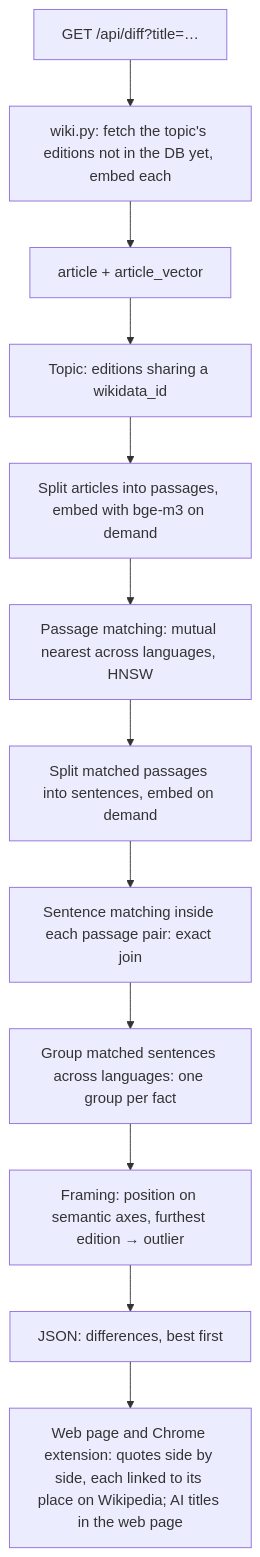
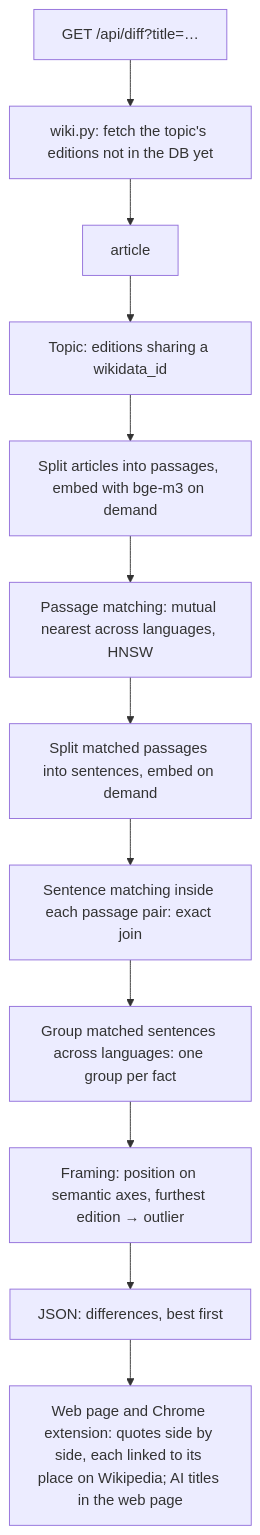
The first of 7 diagrams in docs/how-it-works.md (ardubev16/junction2026), drawn with Mermaid before and after one commit. The commit also changed other lines of this file and 6 other files, not shown here.

First line of the commit message:
refactor: drop the whole-article vectors; test that a failed fetch leaves a topic open

````diff
--- a/docs/how-it-works.md
+++ b/docs/how-it-works.md
@@ -18,14 +19,14 @@
 ```mermaid
 flowchart TD
-  Q[GET /api/diff?title=…] --> W[wiki.py: fetch the topic's editions not in the DB yet, embed each]
-  W --> A[article + article_vector]
+  Q[GET /api/diff?title=…] --> W[wiki.py: fetch the topic's editions not in the DB yet]
+  W --> A[article]
   A --> T[Topic: editions sharing a wikidata_id]
   T --> E1[Split articles into passages, embed with bge-m3 on demand]
   E1 --> P[Passage matching: mutual nearest across languages, HNSW]
   P --> E2[Split matched passages into sentences, embed on demand]
   E2 --> S[Sentence matching inside each passage pair: exact join]
   S --> G[Group matched sentences across languages: one group per fact]
   G --> F2[Framing: position on semantic axes, furthest edition → outlier]
   F2 --> R[JSON: differences, best first]
   R --> UI[Web page and Chrome extension: quotes side by side, each linked to its place on Wikipedia; AI titles in the web page]
 ```
````
